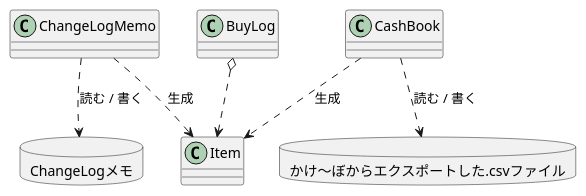
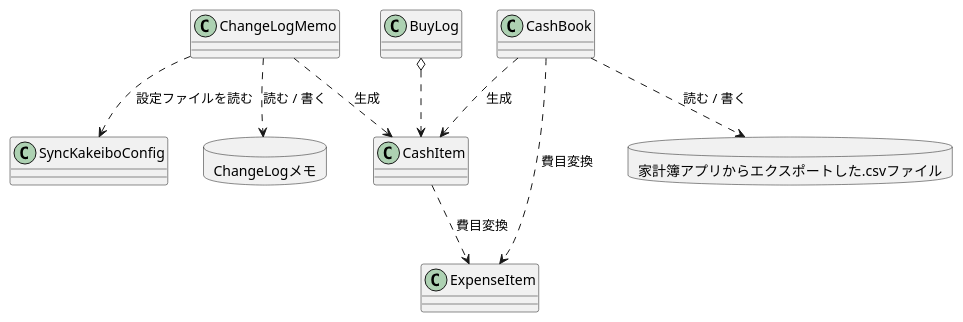
One commit to ampmmn/syncKakeibo changed the diagram in doc/img/class.puml. Above: the diagram before and after it, drawn with PlantUML. The commit also changed 4 other files, not shown here.

```diff
--- a/doc/img/class.puml
+++ b/doc/img/class.puml
@@ -1,28 +1,37 @@
 @startuml{class.svg}
 
 package "ChangeLogメモ" as ChangeLog <<Database>>
 {
 }
 
-package "かけ～ぼからエクスポートした.csvファイル" as CSVFile <<Database>> 
+package "家計簿アプリからエクスポートした.csvファイル" as CSVFile <<Database>> 
 {
 }
+
+class SyncKakeiboConfig
+
+class ExpenseItem
 
 class CashBook
 class ChangeLogMemo
 class BuyLog
 
-class Item
+class CashItem
+
+ChangeLogMemo ..> SyncKakeiboConfig : 設定ファイルを読む
+
+CashBook ..> ExpenseItem : 費目変換
+CashItem ..> ExpenseItem : 費目変換
 
 CashBook ..> CSVFile : 読む / 書く
 ChangeLogMemo ..> ChangeLog : 読む / 書く
 
-CashBook ..> Item : 生成
-ChangeLogMemo ..> Item : 生成
+CashBook ..> CashItem : 生成
+ChangeLogMemo ..> CashItem : 生成
 
-BuyLog o..> Item
+BuyLog o..> CashItem
 
 
 
 
 @enduml
```
